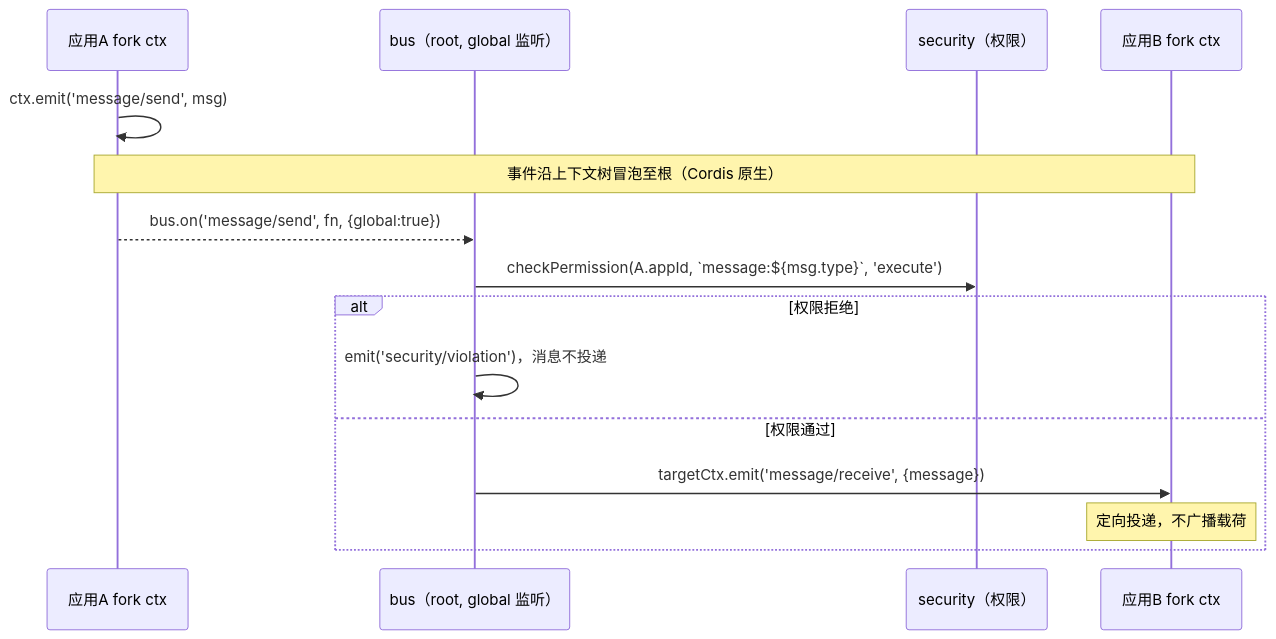
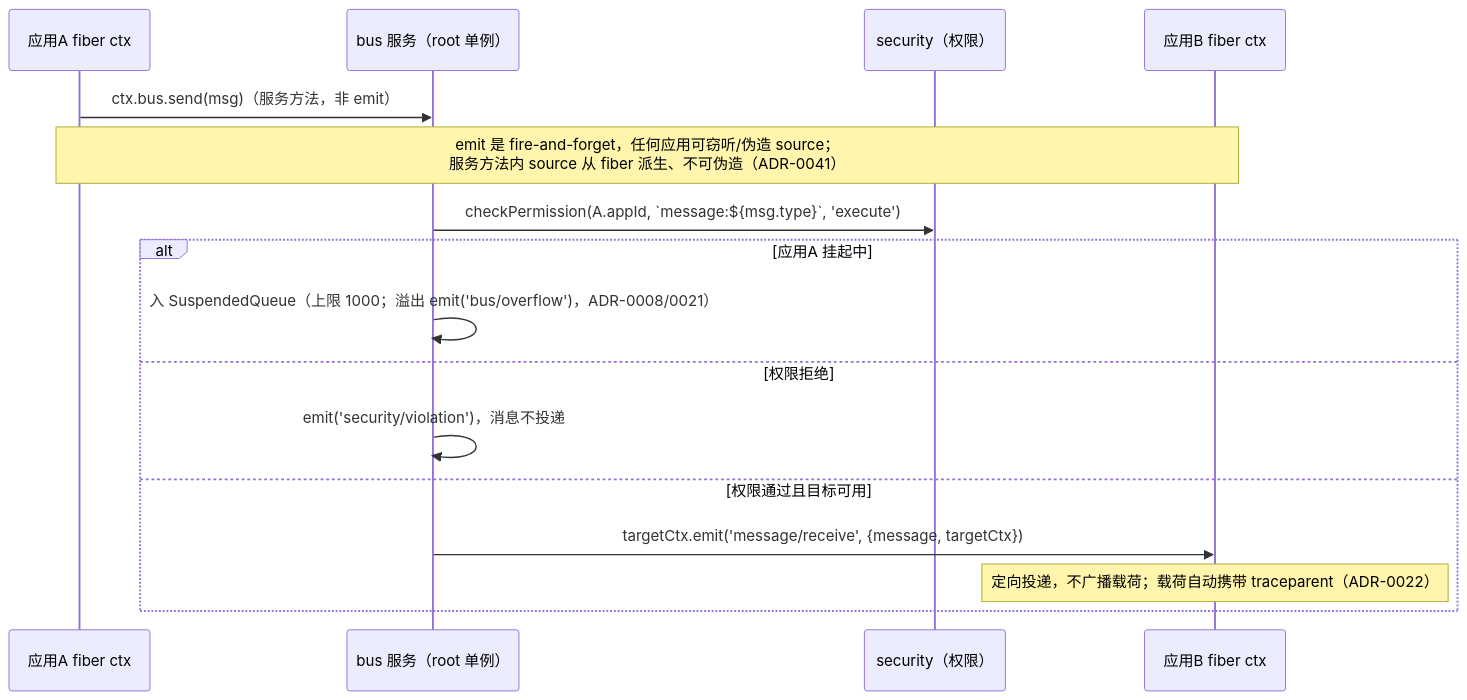
One commit to YvYuYv/taixu changed the fourth of 6 diagrams in module-interaction.md. Above: the diagram before and after it, drawn with Mermaid. The commit also changed other lines of this file and 70 other files, not shown here.

````diff
--- a/module-interaction.md
+++ b/module-interaction.md
@@ -112,18 +117,19 @@
 ```mermaid
 sequenceDiagram
-    participant A as 应用A fork ctx
-    participant Bus as bus（root, global 监听）
+    participant A as 应用A fiber ctx
+    participant Bus as bus 服务（root 单例）
     participant Sec as security（权限）
-    participant B as 应用B fork ctx
+    participant B as 应用B fiber ctx
 
-    A->>A: ctx.emit('message/send', msg)
-    Note over A,B: 事件沿上下文树冒泡至根（Cordis 原生）
-    A-->>Bus: bus.on('message/send', fn, {global:true})
+    A->>Bus: ctx.bus.send(msg)（服务方法，非 emit）
+    Note over A,B: emit 是 fire-and-forget，任何应用可窃听/伪造 source；<br/>服务方法内 source 从 fiber 派生、不可伪造（ADR-0041）
     Bus->>Sec: checkPermission(A.appId, `message:${msg.type}`, 'execute')
-    alt 权限拒绝
+    alt 应用A 挂起中
+        Bus->>Bus: 入 SuspendedQueue（上限 1000；溢出 emit('bus/overflow')，ADR-0008/0021）
+    else 权限拒绝
         Bus->>Bus: emit('security/violation')，消息不投递
-    else 权限通过
-        Bus->>B: targetCtx.emit('message/receive', {message})
-        Note over B: 定向投递，不广播载荷
+    else 权限通过且目标可用
+        Bus->>B: targetCtx.emit('message/receive', {message, targetCtx})
+        Note over B: 定向投递，不广播载荷；载荷自动携带 traceparent（ADR-0022）
     end
 ```
````
